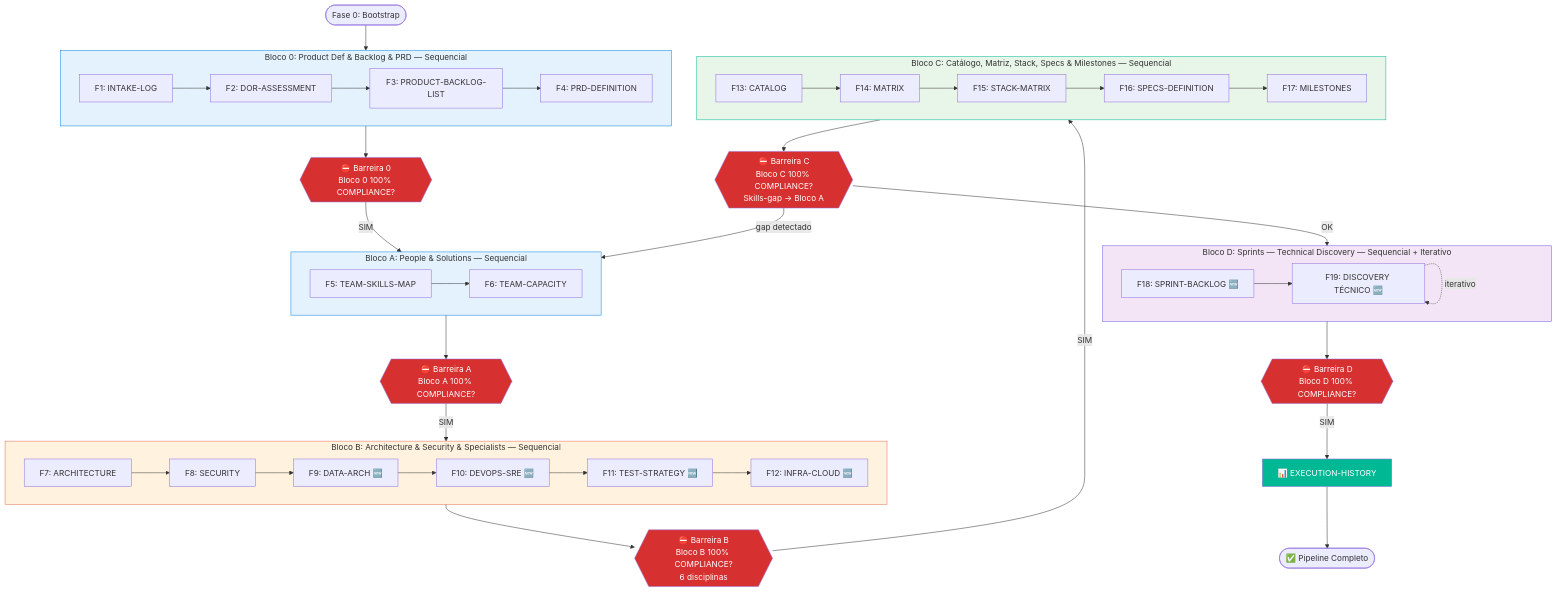
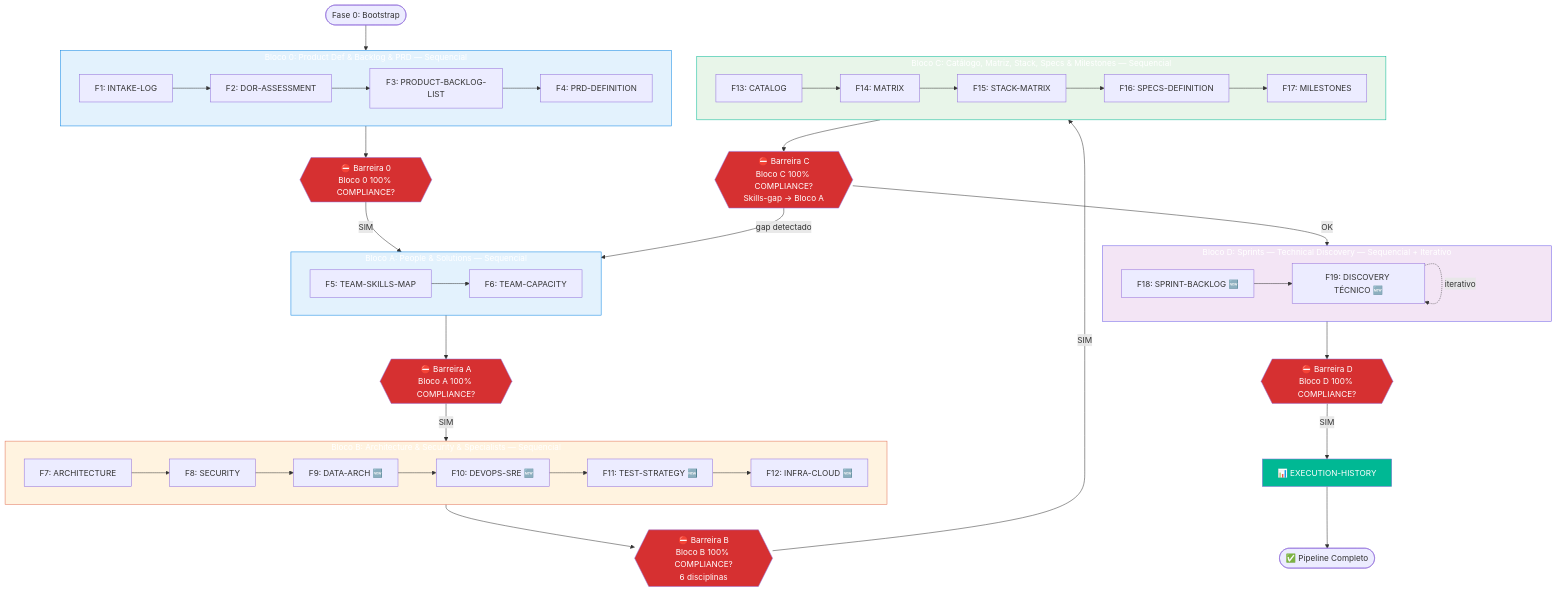
Before and after one commit to bolismar69/workspace-fbso: the fifth of 11 diagrams in .specs/prompts/project-technical-definitions/FLOWCHART-PROMPT-ROADMAP-GENERATE-PROJECT-TECHNICAL-DEFINITIONS.md, drawn with Mermaid. The commit also changed other lines of this file and 6 other files, not shown here.

First line of the commit message:
feat: fase 3 janelas — consistência global (EXECUTION v2.1, master v3.1/39 docs/118 prompts, 3 flowcharts)

````diff
--- a/.specs/prompts/project-technical-definitions/FLOWCHART-PROMPT-ROADMAP-GENERATE-PROJECT-TECHNICAL-DEFINITIONS.md
+++ b/.specs/prompts/project-technical-definitions/FLOWCHART-PROMPT-ROADMAP-GENERATE-PROJECT-TECHNICAL-DEFINITIONS.md
@@ -421,69 +429,69 @@
 ```mermaid
 flowchart TD
     START([Fase 0: Bootstrap]) --> BLOCO_0
 
     subgraph BLOCO_0[Bloco 0: Product Def & Backlog & PRD — Sequencial]
         direction LR
         B0_1[F1: INTAKE-LOG] --> B0_2[F2: DOR-ASSESSMENT]
         B0_2 --> B0_3[F3: PRODUCT-BACKLOG-LIST]
         B0_3 --> B0_4[F4: PRD-DEFINITION]
     end
 
     BLOCO_0 --> G0{{"⛔ Barreira 0<br/>Bloco 0 100% COMPLIANCE?"}}
     G0 -->|SIM| BLOCO_A
 
     subgraph BLOCO_A[Bloco A: People & Solutions — Sequencial]
         direction LR
         A1[F5: TEAM-SKILLS-MAP] --> A2[F6: TEAM-CAPACITY]
     end
 
     BLOCO_A --> GA{{"⛔ Barreira A<br/>Bloco A 100% COMPLIANCE?"}}
     GA -->|SIM| BLOCO_B
 
     subgraph BLOCO_B[Bloco B: Architecture & Security & Specialists — Sequencial]
         direction LR
         B1[F7: ARCHITECTURE] --> B2[F8: SECURITY]
         B2 --> B3[F9: DATA-ARCH 🆕]
         B3 --> B4[F10: DEVOPS-SRE 🆕]
         B4 --> B5[F11: TEST-STRATEGY 🆕]
         B5 --> B6[F12: INFRA-CLOUD 🆕]
     end
 
     BLOCO_B --> GB{{"⛔ Barreira B<br/>Bloco B 100% COMPLIANCE?<br/>6 disciplinas"}}
     GB -->|SIM| BLOCO_C
 
     subgraph BLOCO_C[Bloco C: Catálogo, Matriz, Stack, Specs & Milestones — Sequencial]
         direction LR
         C1[F13: CATALOG] --> C2[F14: MATRIX]
         C2 --> C3[F15: STACK-MATRIX]
         C3 --> C4[F16: SPECS-DEFINITION]
         C4 --> C5[F17: MILESTONES]
     end
 
     BLOCO_C --> GC{{"⛔ Barreira C<br/>Bloco C 100% COMPLIANCE?<br/>Skills-gap → Bloco A"}}
     GC -->|gap detectado| BLOCO_A
     GC -->|OK| BLOCO_D
 
     subgraph BLOCO_D[Bloco D: Sprints — Technical Discovery — Sequencial + Iterativo]
         direction LR
         D1[F18: SPRINT-BACKLOG 🆕] --> D2[F19: DISCOVERY TÉCNICO 🆕]
         D2 -.->|iterativo| D2
     end
 
     BLOCO_D --> GD{{"⛔ Barreira D<br/>Bloco D 100% COMPLIANCE?"}}
     GD -->|SIM| HIST[📊 EXECUTION-HISTORY]
 
     HIST --> END([✅ Pipeline Completo])
 
-    style BLOCO_0 fill:#e3f2fd,stroke:#0984e3
-    style BLOCO_A fill:#e3f2fd,stroke:#0984e3
-    style BLOCO_B fill:#fff3e0,stroke:#e17055
-    style BLOCO_C fill:#e8f5e9,stroke:#00b894
-    style BLOCO_D fill:#f3e5f5,stroke:#6c5ce7
+    style BLOCO_0 fill:#e3f2fd,stroke:#0984e3,color:#ffffff
+    style BLOCO_A fill:#e3f2fd,stroke:#0984e3,color:#ffffff
+    style BLOCO_B fill:#fff3e0,stroke:#e17055,color:#ffffff
+    style BLOCO_C fill:#e8f5e9,stroke:#00b894,color:#ffffff
+    style BLOCO_D fill:#f3e5f5,stroke:#6c5ce7,color:#ffffff
     style G0 fill:#d63031,color:#fff
     style GA fill:#d63031,color:#fff
     style GB fill:#d63031,color:#fff
     style GC fill:#d63031,color:#fff
     style GD fill:#d63031,color:#fff
     style HIST fill:#00b894,color:#fff
 ```
````
